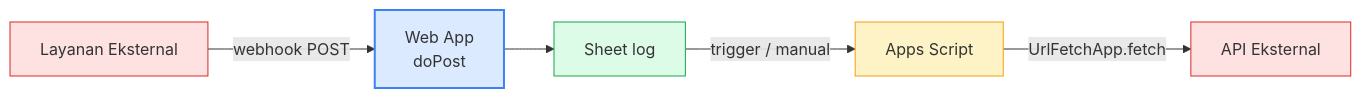
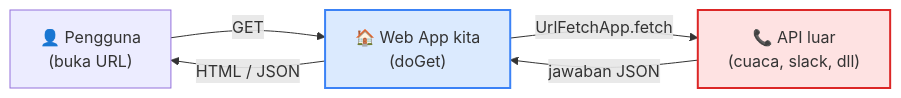
Before and after one commit to githubna-ilham/google-script: the first of 3 diagrams in Modul-7-Web-Apps-and-API-Integration/materi.md, drawn with Mermaid. The commit also changed other lines of this file and 3 other files, not shown here.

````diff
--- a/Modul-7-Web-Apps-and-API-Integration/materi.md
+++ b/Modul-7-Web-Apps-and-API-Integration/materi.md
@@ -239,15 +25,10 @@
 ```mermaid
 flowchart LR
-    External["Layanan Eksternal"]:::ext
+    User["👤 Pengguna<br/>(buka URL)"] -->|GET| WebApp["🏠 Web App kita<br/>(doGet)"]:::wa
+    WebApp -->|UrlFetchApp.fetch| API["📞 API luar<br/>(cuaca, slack, dll)"]:::api
+    API -->|jawaban JSON| WebApp
+    WebApp -->|HTML / JSON| User
 
-    External -->|webhook POST| WebApp["Web App<br/>doPost"]:::wa
-    WebApp --> Sheet["Sheet log"]:::s
-
-    Sheet -->|trigger / manual| GAS["Apps Script"]:::gas
-    GAS -->|UrlFetchApp.fetch| External2["API Eksternal"]:::ext
-
-    classDef ext fill:#fee2e2,stroke:#dc2626
     classDef wa fill:#dbeafe,stroke:#3b82f6,stroke-width:2px
-    classDef s fill:#dcfce7,stroke:#16a34a
-    classDef gas fill:#fef3c7,stroke:#f59e0b
+    classDef api fill:#fee2e2,stroke:#dc2626,stroke-width:2px
 ```
````
